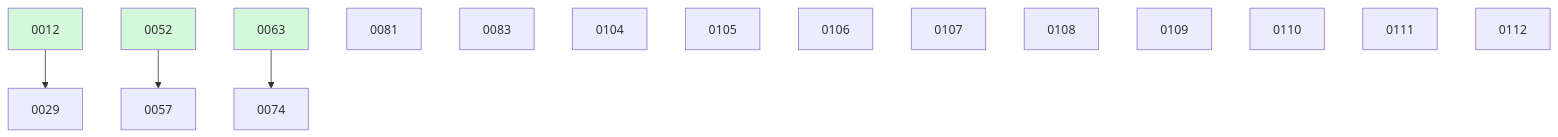
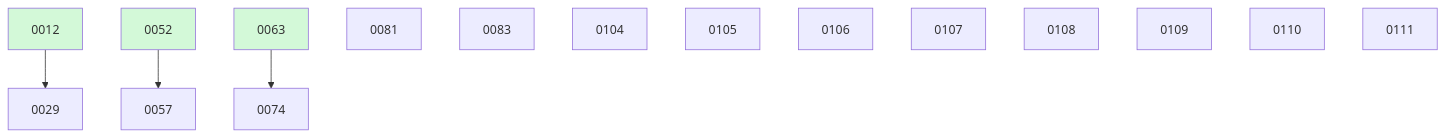
Before and after one commit to ethanhinson/fuse: the diagram in docs/changes/BOARD.md, drawn with Mermaid. The commit also changed other lines of this file and 4 other files, not shown here.

````diff
--- a/docs/changes/BOARD.md
+++ b/docs/changes/BOARD.md
@@ -39,21 +33,20 @@
 ```mermaid
 graph TD
   0012 --> 0029
   0052 --> 0057
   0063 --> 0074
   0081
   0083
   0104
   0105
   0106
   0107
   0108
   0109
   0110
   0111
-  0112
   0012:::done
   0052:::done
   0063:::done
   classDef done fill:#d3f9d8;
 ```
````
